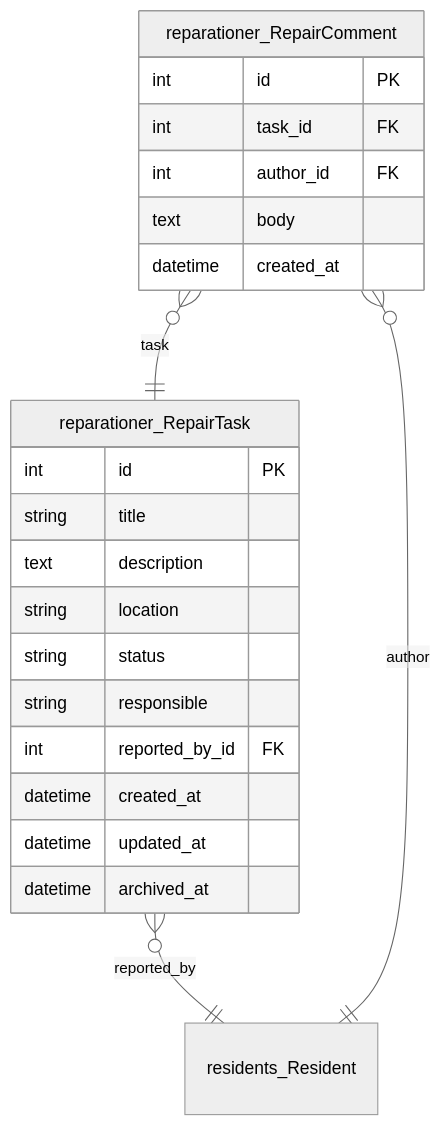
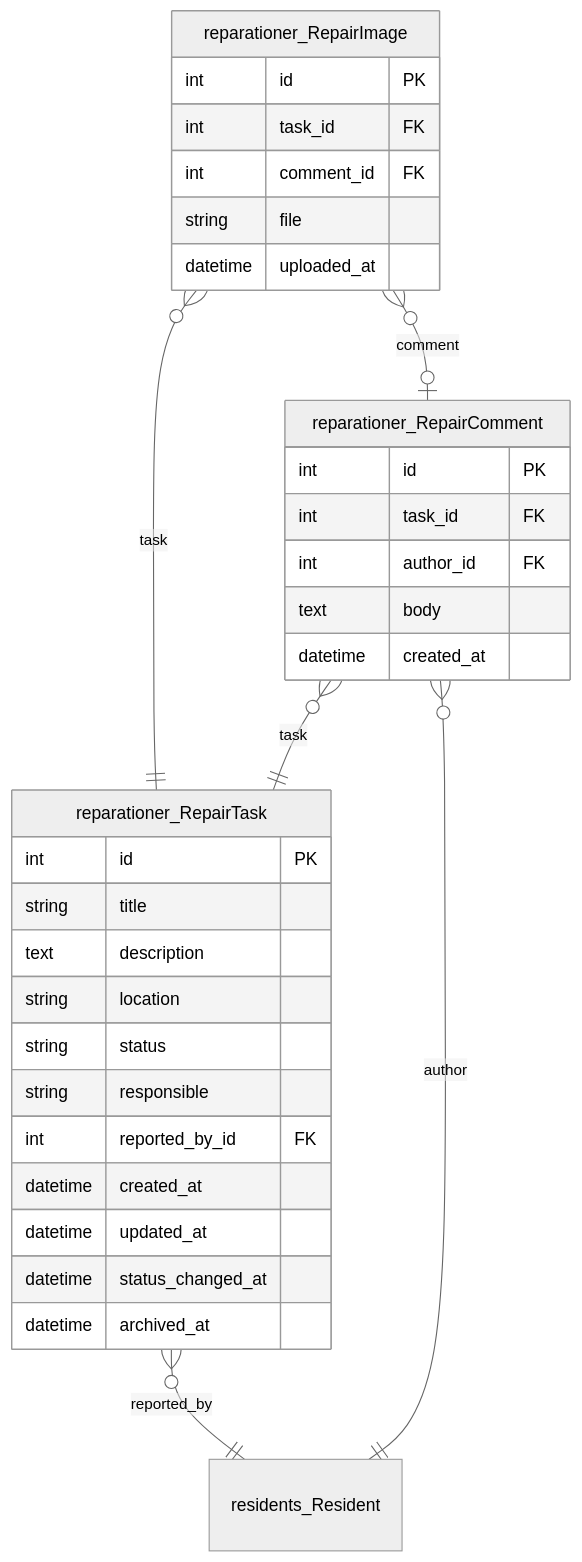
One commit to GAHK-org/gahk_intern changed diagram 15 of 18 in docs/erd.md. Above: the diagram before and after it, drawn with Mermaid (neutral theme). The commit also changed other lines of this file and 28 other files, not shown here.

````diff
--- a/docs/erd.md
+++ b/docs/erd.md
@@ -2137,29 +2148,40 @@
 ```mermaid
 erDiagram
     reparationer_RepairTask {
         int id PK
         string title
         text description
         string location
         string status
         string responsible
         int reported_by_id FK
         datetime created_at
         datetime updated_at
+        datetime status_changed_at
         datetime archived_at
     }
 
     reparationer_RepairComment {
         int id PK
         int task_id FK
         int author_id FK
         text body
         datetime created_at
     }
 
+    reparationer_RepairImage {
+        int id PK
+        int task_id FK
+        int comment_id FK
+        string file
+        datetime uploaded_at
+    }
+
     residents_Resident { }
 
     reparationer_RepairTask }o--|| residents_Resident : "reported_by"
     reparationer_RepairComment }o--|| reparationer_RepairTask : "task"
     reparationer_RepairComment }o--|| residents_Resident : "author"
+    reparationer_RepairImage }o--|| reparationer_RepairTask : "task"
+    reparationer_RepairImage }o--|o reparationer_RepairComment : "comment"
 ```
````
